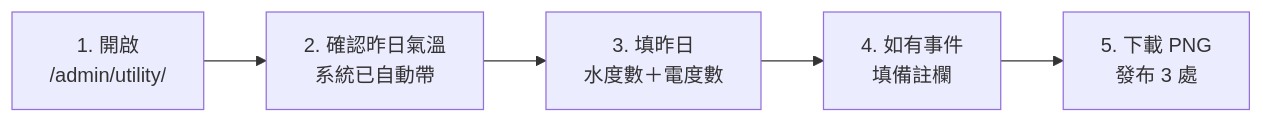
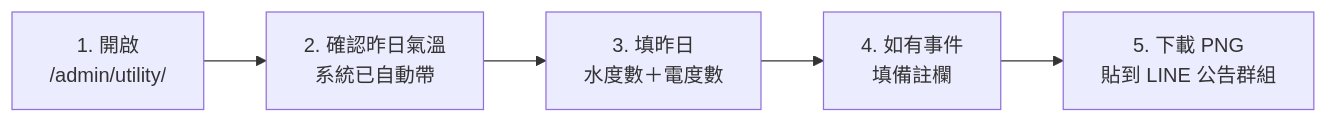
One commit to culturalcity/culturalcity.github.io changed the first of 5 diagrams in src/admin/staff/pm-wiki.md. Above: the diagram before and after it, drawn with Mermaid. The commit also changed other lines of this file, not shown here.

First line of the commit message:
docs(admin): 每日水電公告只發 LINE 公告群組（不再貼智生活與液晶螢幕）；用水上限說明改為現行加法式

````diff
--- a/src/admin/staff/pm-wiki.md
+++ b/src/admin/staff/pm-wiki.md
@@ -343,7 +343,7 @@
 ```mermaid
 flowchart LR
   A[1. 開啟<br/>/admin/utility/] --> B[2. 確認昨日氣溫<br/>系統已自動帶]
   B --> C[3. 填昨日<br/>水度數＋電度數]
   C --> D[4. 如有事件<br/>填備註欄]
-  D --> E[5. 下載 PNG<br/>發布 3 處]
+  D --> E[5. 下載 PNG<br/>貼到 LINE 公告群組]
 ```
````
